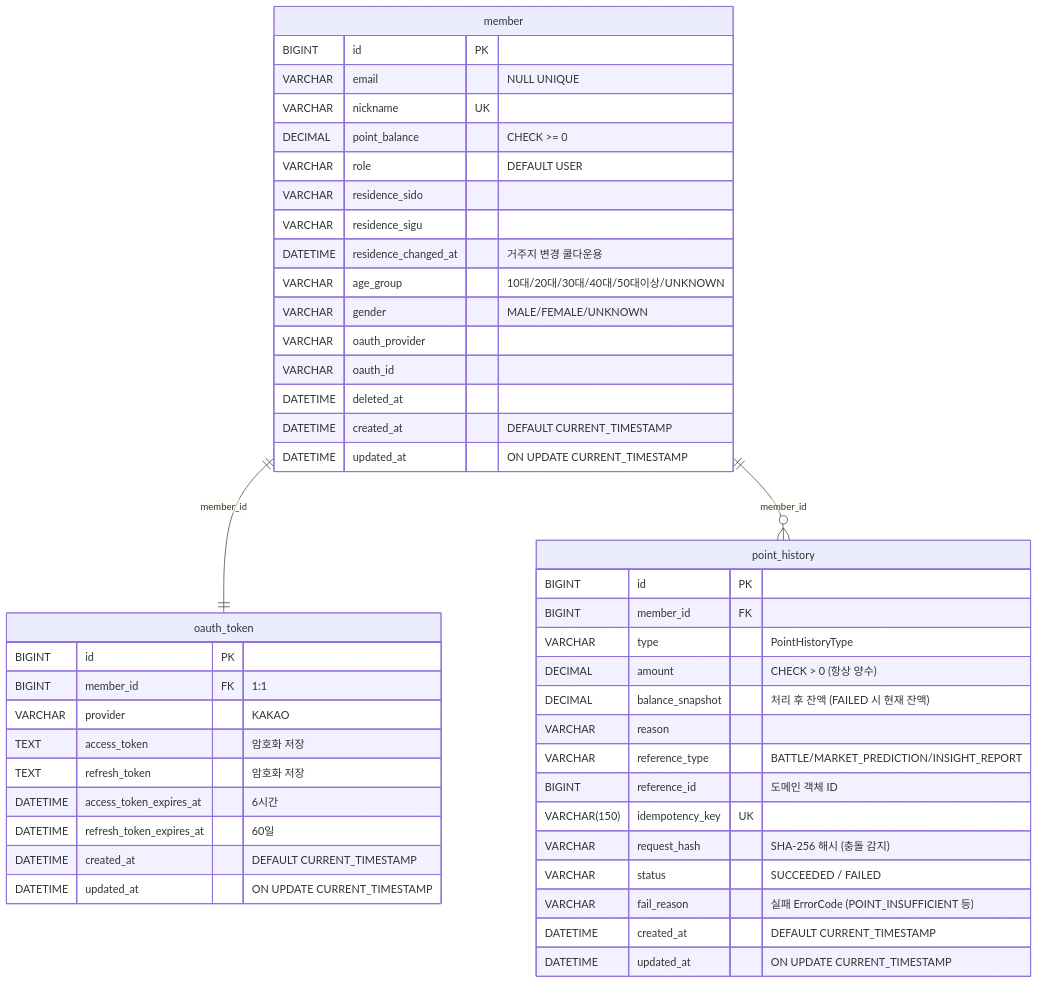
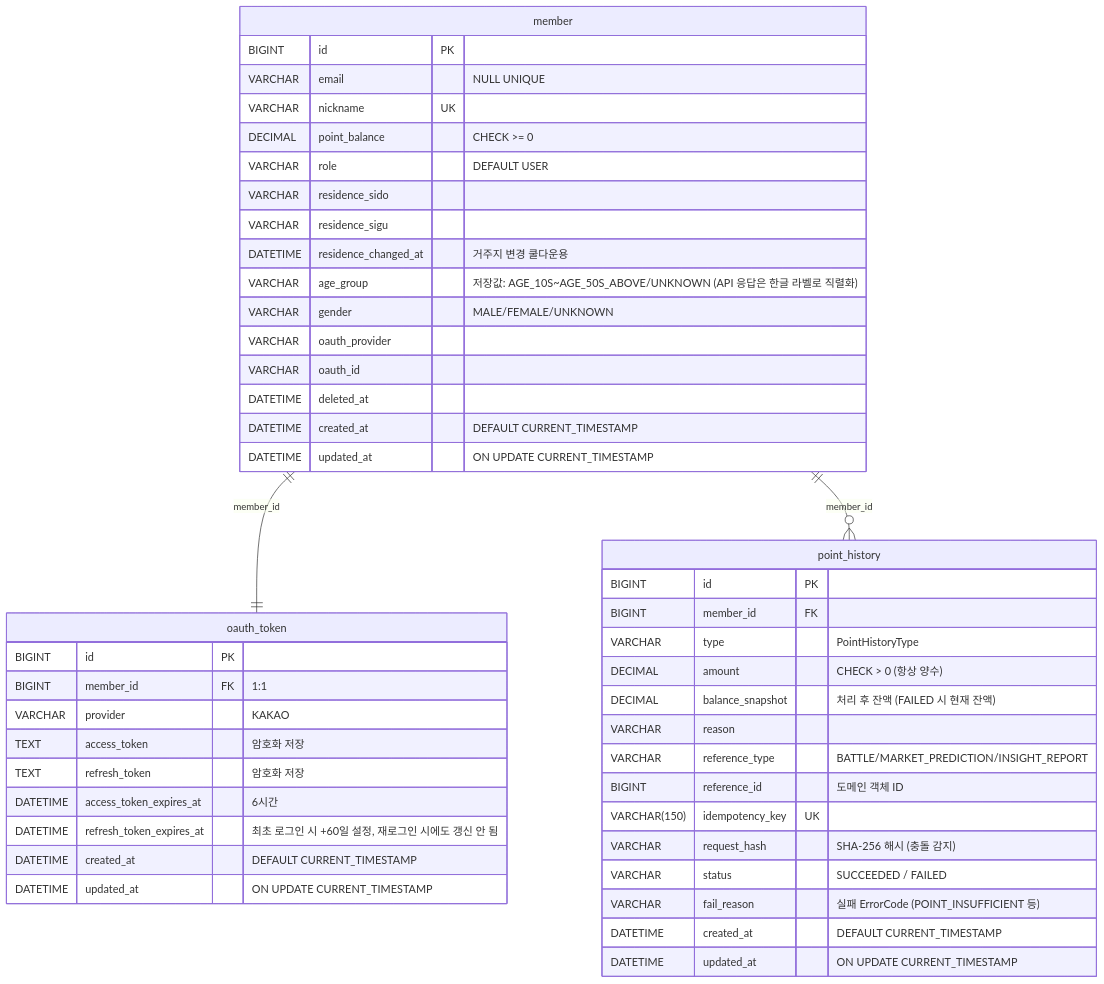
Before and after one commit to K-Ghwan99/todongsan: the diagram in docs/member-point/MEMBER_POINT_ERD.md, drawn with Mermaid. The commit also changed other lines of this file and 3 other files, not shown here.

````diff
--- a/docs/member-point/MEMBER_POINT_ERD.md
+++ b/docs/member-point/MEMBER_POINT_ERD.md
@@ -96,52 +96,52 @@
 ```mermaid
 erDiagram
     member {
         BIGINT id PK
         VARCHAR email "NULL UNIQUE"
         VARCHAR nickname UK
         DECIMAL point_balance "CHECK >= 0"
         VARCHAR role "DEFAULT USER"
         VARCHAR residence_sido
         VARCHAR residence_sigu
         DATETIME residence_changed_at "거주지 변경 쿨다운용"
-        VARCHAR age_group "10대/20대/30대/40대/50대이상/UNKNOWN"
+        VARCHAR age_group "저장값: AGE_10S~AGE_50S_ABOVE/UNKNOWN (API 응답은 한글 라벨로 직렬화)"
         VARCHAR gender "MALE/FEMALE/UNKNOWN"
         VARCHAR oauth_provider
         VARCHAR oauth_id
         DATETIME deleted_at
         DATETIME created_at "DEFAULT CURRENT_TIMESTAMP"
         DATETIME updated_at "ON UPDATE CURRENT_TIMESTAMP"
     }
 
     oauth_token {
         BIGINT id PK
         BIGINT member_id FK "1:1"
         VARCHAR provider "KAKAO"
         TEXT access_token "암호화 저장"
         TEXT refresh_token "암호화 저장"
         DATETIME access_token_expires_at "6시간"
-        DATETIME refresh_token_expires_at "60일"
+        DATETIME refresh_token_expires_at "최초 로그인 시 +60일 설정, 재로그인 시에도 갱신 안 됨"
         DATETIME created_at "DEFAULT CURRENT_TIMESTAMP"
         DATETIME updated_at "ON UPDATE CURRENT_TIMESTAMP"
     }
 
     point_history {
         BIGINT id PK
         BIGINT member_id FK
         VARCHAR type "PointHistoryType"
         DECIMAL amount "CHECK > 0 (항상 양수)"
         DECIMAL balance_snapshot "처리 후 잔액 (FAILED 시 현재 잔액)"
         VARCHAR reason
         VARCHAR reference_type "BATTLE/MARKET_PREDICTION/INSIGHT_REPORT"
         BIGINT reference_id "도메인 객체 ID"
         VARCHAR(150) idempotency_key UK
         VARCHAR request_hash "SHA-256 해시 (충돌 감지)"
         VARCHAR status "SUCCEEDED / FAILED"
         VARCHAR fail_reason "실패 ErrorCode (POINT_INSUFFICIENT 등)"
         DATETIME created_at "DEFAULT CURRENT_TIMESTAMP"
         DATETIME updated_at "ON UPDATE CURRENT_TIMESTAMP"
     }
 
     member ||--|| oauth_token : "member_id"
     member ||--o{ point_history : "member_id"
 ```
````
